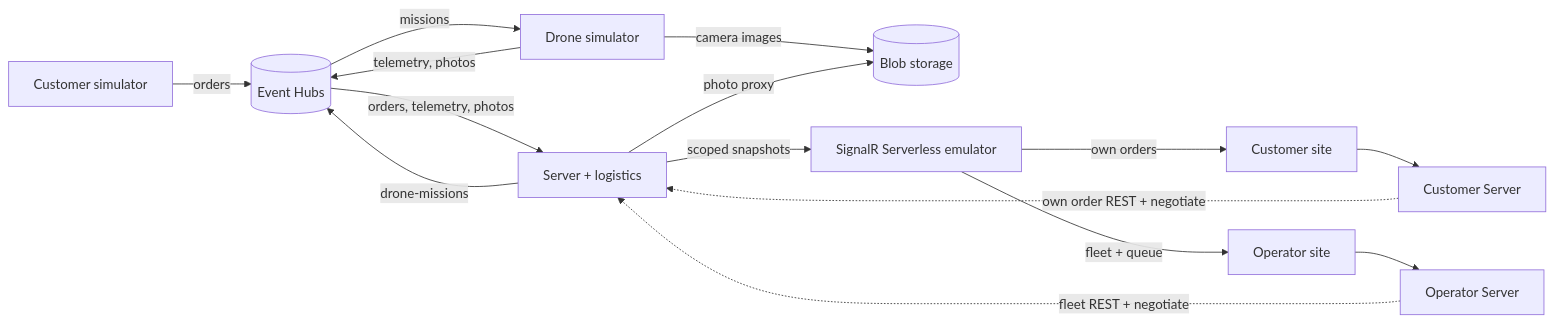
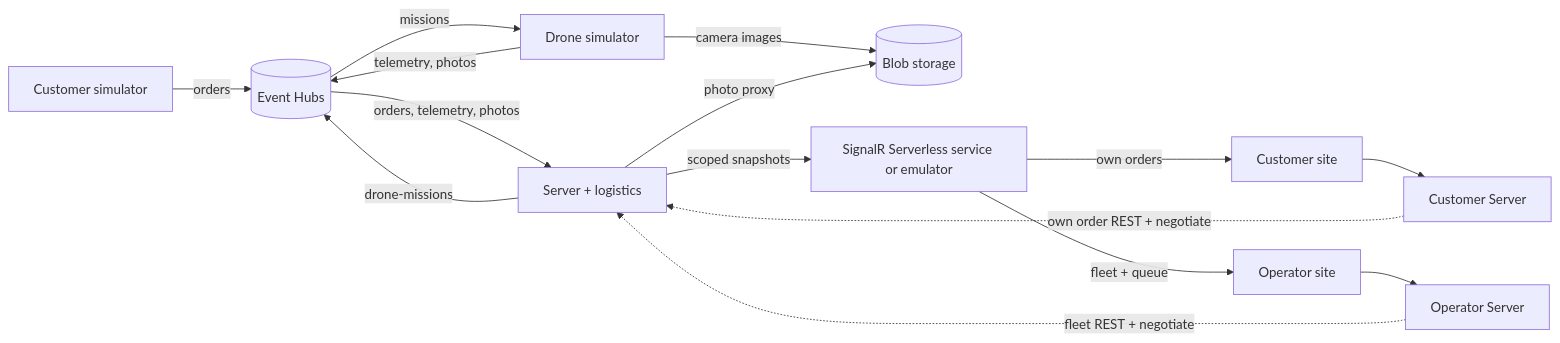
The diagram in templates/aspire-drone-delivery/docs/architecture.md (Azure/aspire-templates), drawn with Mermaid before and after one commit. The commit also changed other lines of this file and 11 other files, not shown here.

````diff
--- a/templates/aspire-drone-delivery/docs/architecture.md
+++ b/templates/aspire-drone-delivery/docs/architecture.md
@@ -19,17 +19,17 @@
 ```mermaid
 flowchart LR
     Customers[Customer simulator] -- orders --> EH[(Event Hubs)]
     API[Server + logistics] -- drone-missions --> EH
     EH -- missions --> Drones[Drone simulator]
     Drones -- telemetry, photos --> EH
     EH -- orders, telemetry, photos --> API
     Drones -- camera images --> Blob[(Blob storage)]
     API -- photo proxy --> Blob
     Customer[Customer site] --> CustomerHost[Customer Server]
     Operations[Operator site] --> OperatorHost[Operator Server]
     CustomerHost -. own order REST + negotiate .-> API
     OperatorHost -. fleet REST + negotiate .-> API
-    API -- scoped snapshots --> Realtime[SignalR Serverless emulator]
+    API -- scoped snapshots --> Realtime[SignalR Serverless service or emulator]
     Realtime -- own orders --> Customer
     Realtime -- fleet + queue --> Operations
 ```
````
